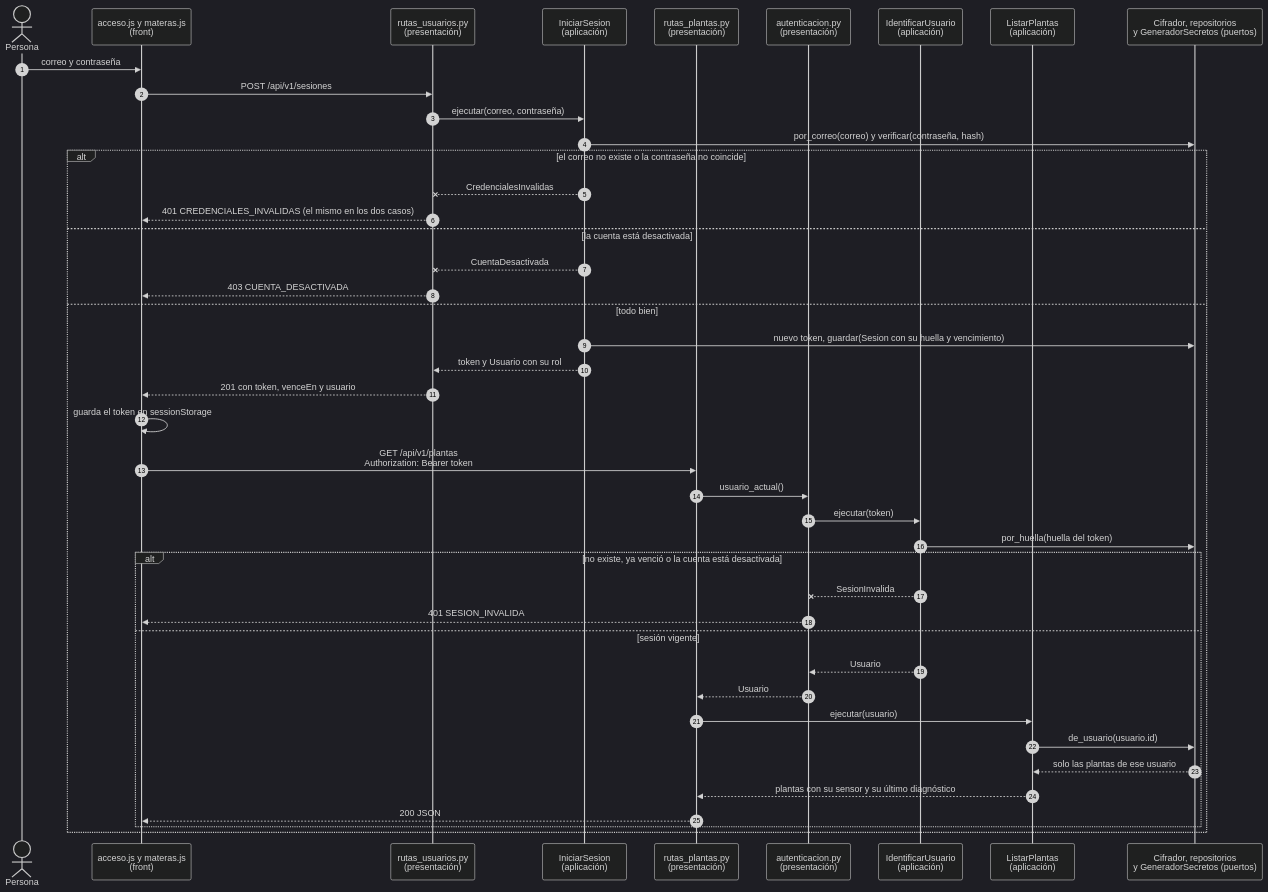
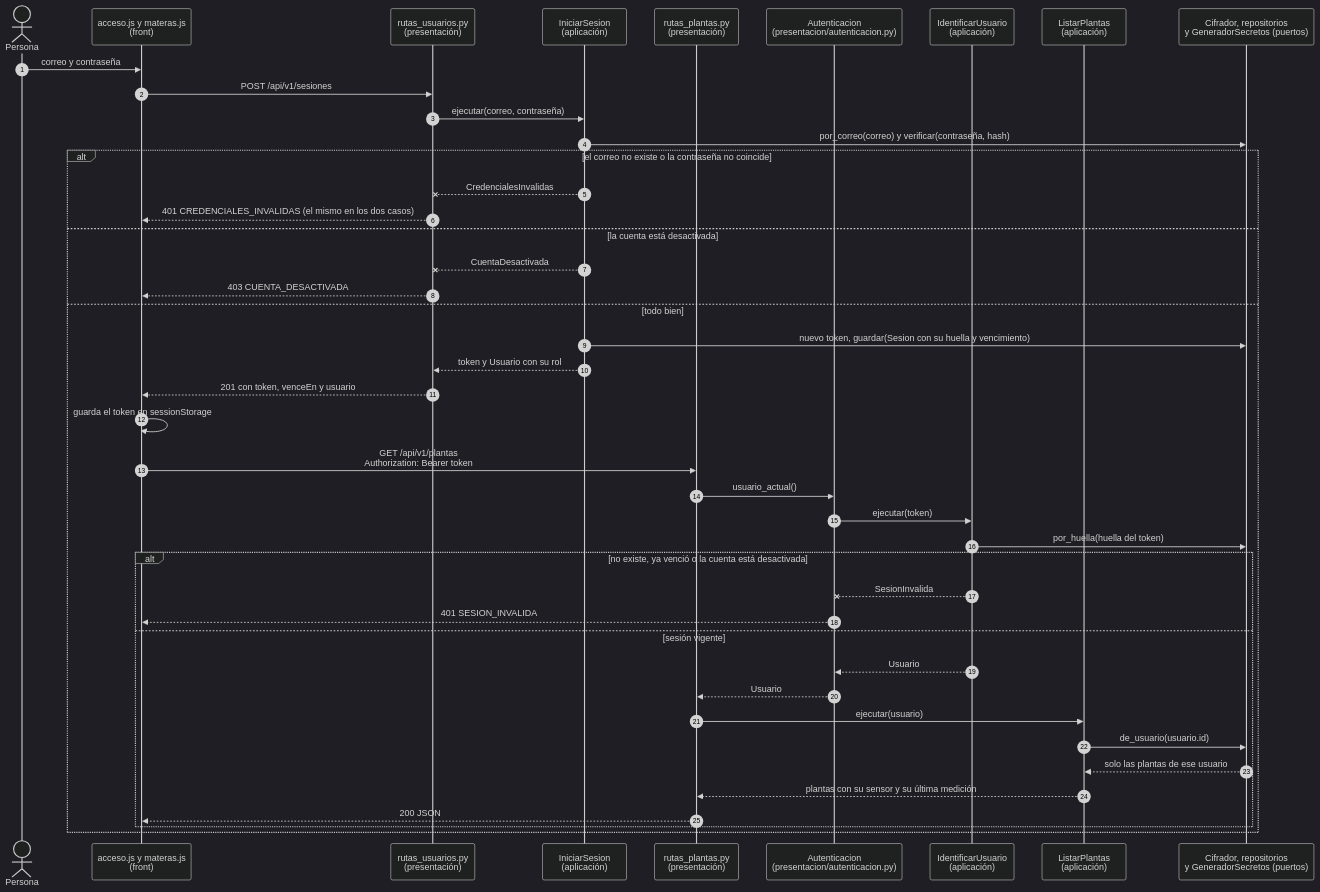
Before and after one commit to Pipelol0723/matera-inteligente: the diagram in docs/diagramas/secuencia-login.mmd, drawn with Mermaid (dark theme). The commit also changed 30 other files, not shown here.

First line of the commit message:
Docs: diagramas del corte 2 ajustados a lo implementado

```diff
--- a/docs/diagramas/secuencia-login.mmd
+++ b/docs/diagramas/secuencia-login.mmd
@@ -1,45 +1,45 @@
-%% Secuencia del corte 2 (diseño): iniciar sesión y pedir la lista de plantas propias con el token.
+%% Secuencia del corte 2 (implementada): iniciar sesión y pedir la lista de plantas propias con el token.
 sequenceDiagram
     autonumber
     actor Persona
     participant UI as acceso.js y materas.js<br/>(front)
     participant RU as rutas_usuarios.py<br/>(presentación)
     participant IS as IniciarSesion<br/>(aplicación)
     participant RP as rutas_plantas.py<br/>(presentación)
-    participant AU as autenticacion.py<br/>(presentación)
+    participant AU as Autenticacion<br/>(presentacion/autenticacion.py)
     participant IU as IdentificarUsuario<br/>(aplicación)
     participant LP as ListarPlantas<br/>(aplicación)
     participant PU as Cifrador, repositorios<br/>y GeneradorSecretos (puertos)
 
     Persona ->> UI: correo y contraseña
     UI ->> RU: POST /api/v1/sesiones
     RU ->> IS: ejecutar(correo, contraseña)
     IS ->> PU: por_correo(correo) y verificar(contraseña, hash)
     alt el correo no existe o la contraseña no coincide
         IS --x RU: CredencialesInvalidas
         RU -->> UI: 401 CREDENCIALES_INVALIDAS (el mismo en los dos casos)
     else la cuenta está desactivada
         IS --x RU: CuentaDesactivada
         RU -->> UI: 403 CUENTA_DESACTIVADA
     else todo bien
         IS ->> PU: nuevo token, guardar(Sesion con su huella y vencimiento)
         IS -->> RU: token y Usuario con su rol
         RU -->> UI: 201 con token, venceEn y usuario
         UI ->> UI: guarda el token en sessionStorage
         UI ->> RP: GET /api/v1/plantas<br/>Authorization: Bearer token
         RP ->> AU: usuario_actual()
         AU ->> IU: ejecutar(token)
         IU ->> PU: por_huella(huella del token)
         alt no existe, ya venció o la cuenta está desactivada
             IU --x AU: SesionInvalida
             AU -->> UI: 401 SESION_INVALIDA
         else sesión vigente
             IU -->> AU: Usuario
             AU -->> RP: Usuario
             RP ->> LP: ejecutar(usuario)
             LP ->> PU: de_usuario(usuario.id)
             PU -->> LP: solo las plantas de ese usuario
-            LP -->> RP: plantas con su sensor y su último diagnóstico
+            LP -->> RP: plantas con su sensor y su última medición
             RP -->> UI: 200 JSON
         end
     end
```
